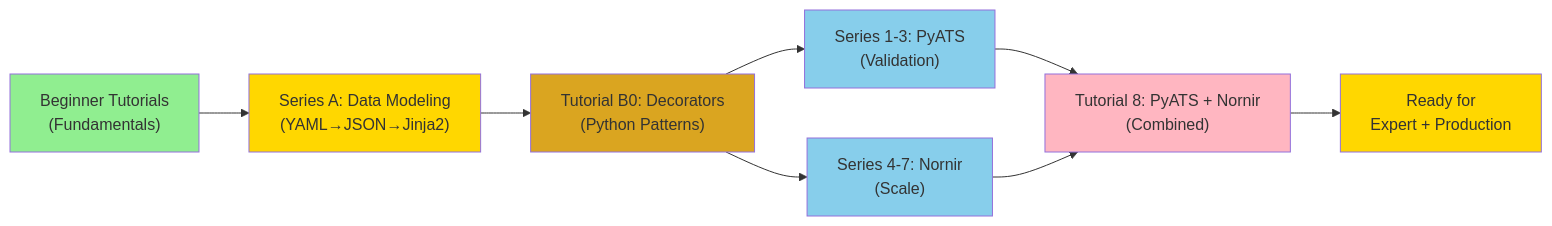
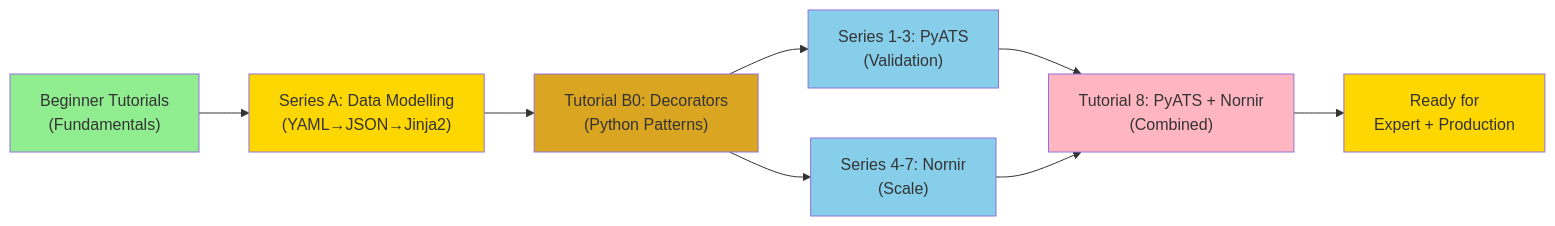
One commit to Nautomation-Prime/nautomation-prime.github.io changed the diagram in docs/tutorials/intermediate/index.md. Above: the diagram before and after it, drawn with Mermaid. The commit also changed other lines of this file and 40 other files, not shown here.

````diff
--- a/docs/tutorials/intermediate/index.md
+++ b/docs/tutorials/intermediate/index.md
@@ -500,18 +500,18 @@
 ```mermaid
 graph LR
-    A["Beginner Tutorials<br>(Fundamentals)"] --> B["Series A: Data Modeling<br>(YAML→JSON→Jinja2)"]
+    A["Beginner Tutorials<br>(Fundamentals)"] --> B["Series A: Data Modelling<br>(YAML→JSON→Jinja2)"]
     B --> C["Tutorial B0: Decorators<br>(Python Patterns)"]
     C --> D["Series 1-3: PyATS<br>(Validation)"]
     C --> E["Series 4-7: Nornir<br>(Scale)"]
     D --> F["Tutorial 8: PyATS + Nornir<br>(Combined)"]
     E --> F
     F --> G["Ready for<br>Expert + Production"]
 
     style A fill:#90EE90
     style B fill:#FFD700
     style C fill:#DAA520
     style D fill:#87CEEB
     style E fill:#87CEEB
     style F fill:#FFB6C1
     style G fill:#FFD700
 ```
````
